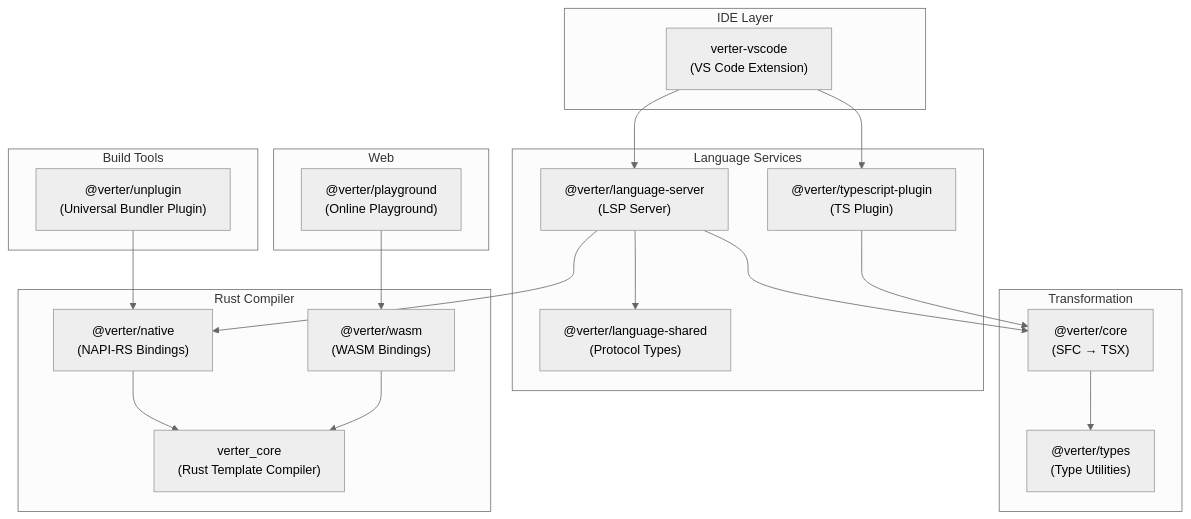
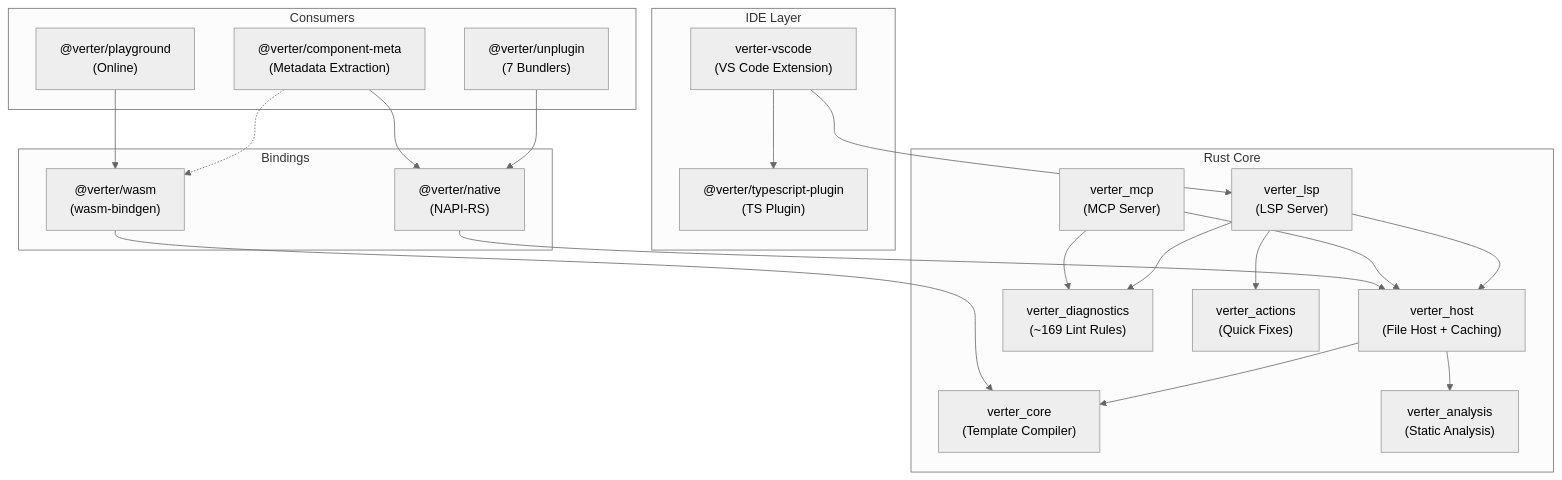
Before and after one commit to pikax/verter: the first of 2 diagrams in readme.md, drawn with Mermaid (neutral theme). The commit also changed other lines of this file and 1291 other files, not shown here.

````diff
--- a/readme.md
+++ b/readme.md
@@ -137,43 +160,44 @@
 ```mermaid
 graph TB
     subgraph "IDE Layer"
         VSCode["verter-vscode<br/>(VS Code Extension)"]
+        TSPlugin["@verter/typescript-plugin<br/>(TS Plugin)"]
     end
 
-    subgraph "Language Services"
-        LSP["@verter/language-server<br/>(LSP Server)"]
-        TSPlugin["@verter/typescript-plugin<br/>(TS Plugin)"]
-        Shared["@verter/language-shared<br/>(Protocol Types)"]
+    subgraph "Rust Core"
+        LSP["verter_lsp<br/>(LSP Server)"]
+        MCP["verter_mcp<br/>(MCP Server)"]
+        Host["verter_host<br/>(File Host + Caching)"]
+        Compiler["verter_core<br/>(Template Compiler)"]
+        Analysis["verter_analysis<br/>(Static Analysis)"]
+        Diagnostics["verter_diagnostics<br/>(~169 Lint Rules)"]
+        Actions["verter_actions<br/>(Quick Fixes)"]
     end
 
-    subgraph "Transformation"
-        Core["@verter/core<br/>(SFC → TSX)"]
-        Types["@verter/types<br/>(Type Utilities)"]
+    subgraph "Bindings"
+        Native["@verter/native<br/>(NAPI-RS)"]
+        WASM["@verter/wasm<br/>(wasm-bindgen)"]
     end
 
-    subgraph "Rust Compiler"
-        Native["@verter/native<br/>(NAPI-RS Bindings)"]
-        WASM["@verter/wasm<br/>(WASM Bindings)"]
-        RustCore["verter_core<br/>(Rust Template Compiler)"]
-    end
-
-    subgraph "Build Tools"
-        Unplugin["@verter/unplugin<br/>(Universal Bundler Plugin)"]
-    end
-
-    subgraph "Web"
-        Playground["@verter/playground<br/>(Online Playground)"]
+    subgraph "Consumers"
+        Unplugin["@verter/unplugin<br/>(7 Bundlers)"]
+        ComponentMeta["@verter/component-meta<br/>(Metadata Extraction)"]
+        Playground["@verter/playground<br/>(Online)"]
     end
 
     VSCode --> LSP
     VSCode --> TSPlugin
-    LSP --> Core
-    LSP --> Native
-    LSP --> Shared
-    TSPlugin --> Core
-    Core --> Types
-    Native --> RustCore
-    WASM --> RustCore
+    LSP --> Host
+    MCP --> Host
+    Host --> Compiler
+    Host --> Analysis
+    LSP --> Diagnostics
+    LSP --> Actions
+    MCP --> Diagnostics
+    Native --> Host
+    WASM --> Compiler
     Unplugin --> Native
+    ComponentMeta --> Native
+    ComponentMeta -.-> WASM
     Playground --> WASM
 ```
````
